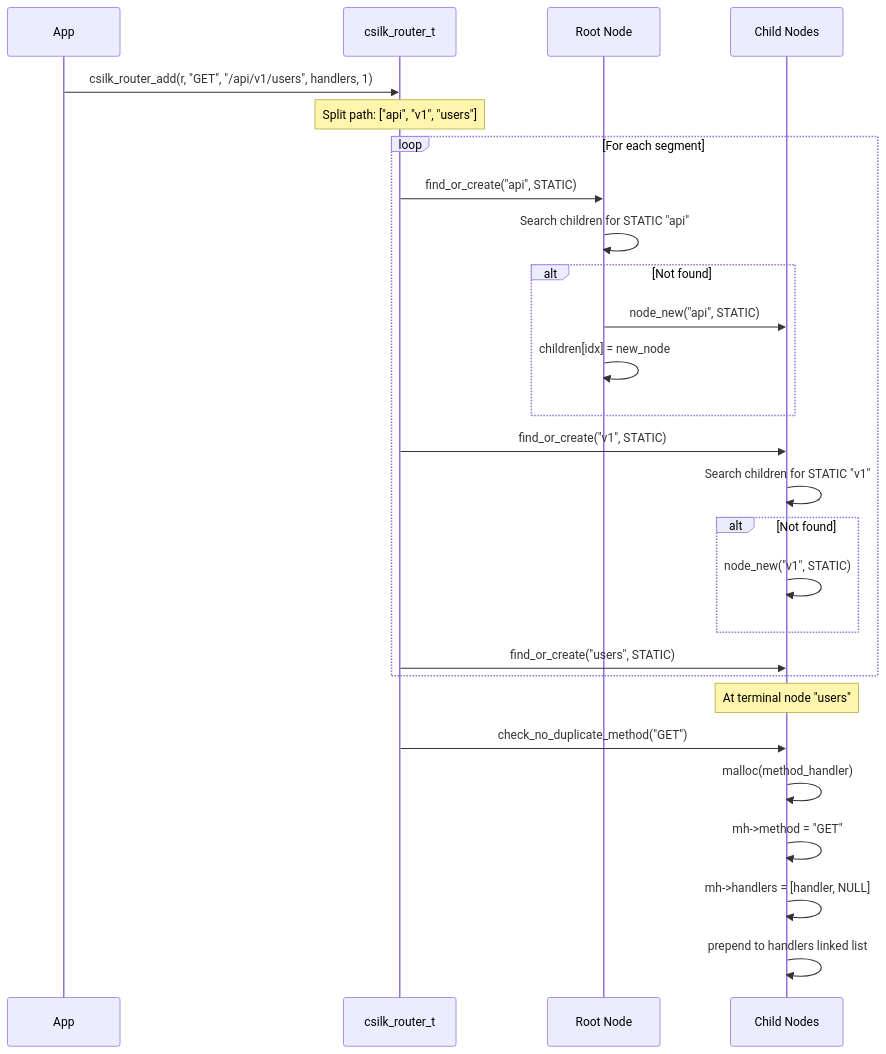
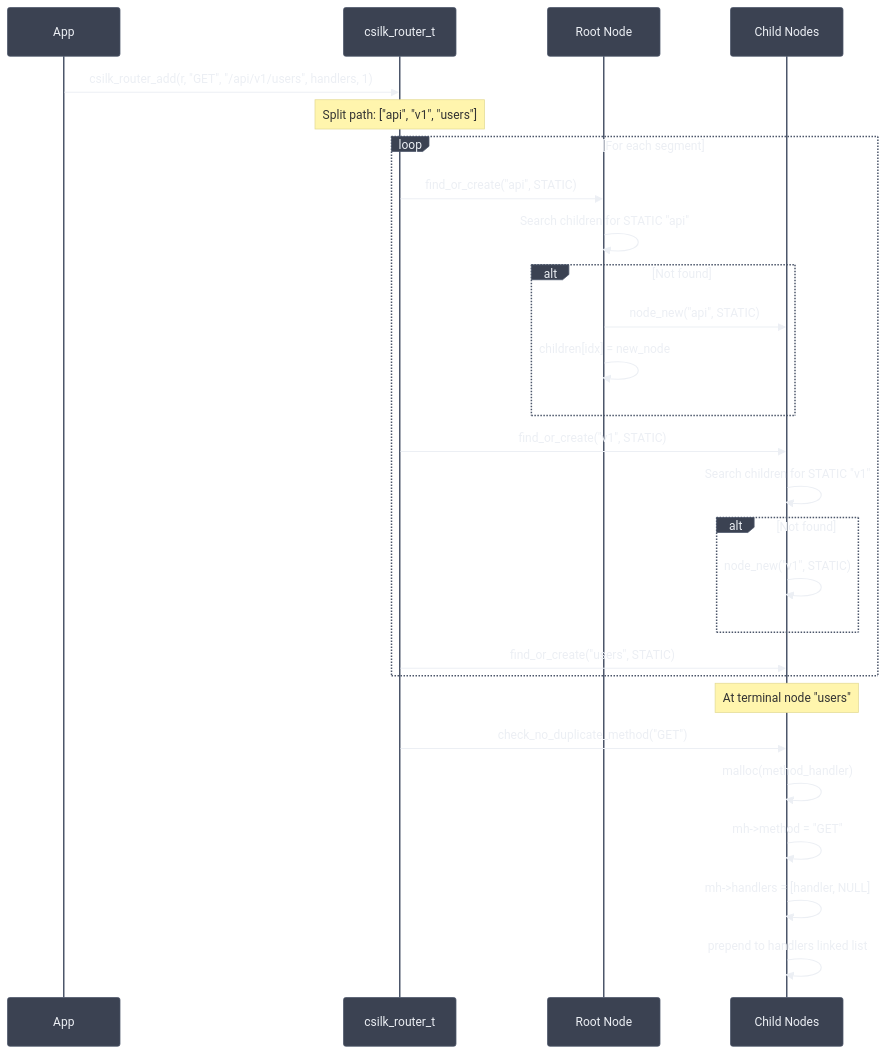
One commit to quintin-lee/csilk changed the third of 5 diagrams in docs/module-design/router.md. Above: the diagram before and after it, drawn with Mermaid. The commit also changed other lines of this file and 30 other files, not shown here.

Commit message:
docs(docs): 📝 apply Nord Mermaid theme, RFC 2119 keywords, and quantified metrics to all docs

````diff
--- a/docs/module-design/router.md
+++ b/docs/module-design/router.md
@@ -49,34 +93,55 @@
 ```mermaid
+%%{init: {
+  'theme': 'base',
+  'themeVariables': {
+    'background': '#2E3440',
+    'primaryColor': '#81A1C1',
+    'primaryBorderColor': '#4C566A',
+    'primaryTextColor': '#ECEFF4',
+    'secondaryColor': '#3B4252',
+    'secondaryBorderColor': '#434C5E',
+    'secondaryTextColor': '#D8DEE9',
+    'lineColor': '#81A1C1',
+    'textColor': '#ECEFF4',
+    'mainBkg': '#3B4252',
+    'nodeBorder': '#4C566A',
+    'clusterBkg': '#2E3440',
+    'clusterBorder': '#4C566A',
+    'titleColor': '#ECEFF4',
+    'edgeLabelBackground': '#3B4252',
+    'nodeTextColor': '#ECEFF4'
+  }
+}}%%
 sequenceDiagram
-    participant App
+    participant App as App
     participant Router as csilk_router_t
     participant Root as Root Node
     participant Node as Child Nodes
 
     App->>Router: csilk_router_add(r, "GET", "/api/v1/users", handlers, 1)
 
     Note over Router: Split path: ["api", "v1", "users"]
 
     loop For each segment
         Router->>Root: find_or_create("api", STATIC)
         Root->>Root: Search children for STATIC "api"
         alt Not found
             Root->>Node: node_new("api", STATIC)
             Root->>Root: children[idx] = new_node
         end
         Router->>Node: find_or_create("v1", STATIC)
         Node->>Node: Search children for STATIC "v1"
         alt Not found
             Node->>Node: node_new("v1", STATIC)
         end
         Router->>Node: find_or_create("users", STATIC)
     end
 
     Note over Node: At terminal node "users"
 
     Router->>Node: check_no_duplicate_method("GET")
     Node->>Node: malloc(method_handler)
     Node->>Node: mh->method = "GET"
     Node->>Node: mh->handlers = [handler, NULL]
     Node->>Node: prepend to handlers linked list
 ```
````
